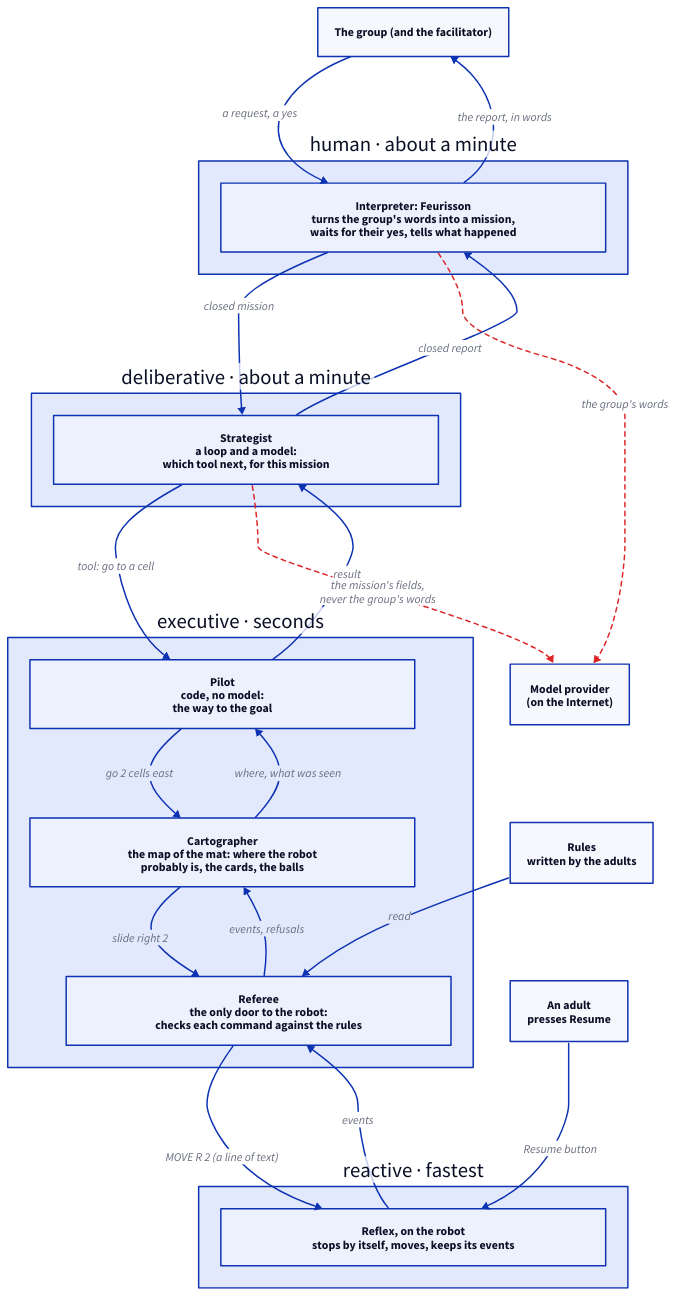
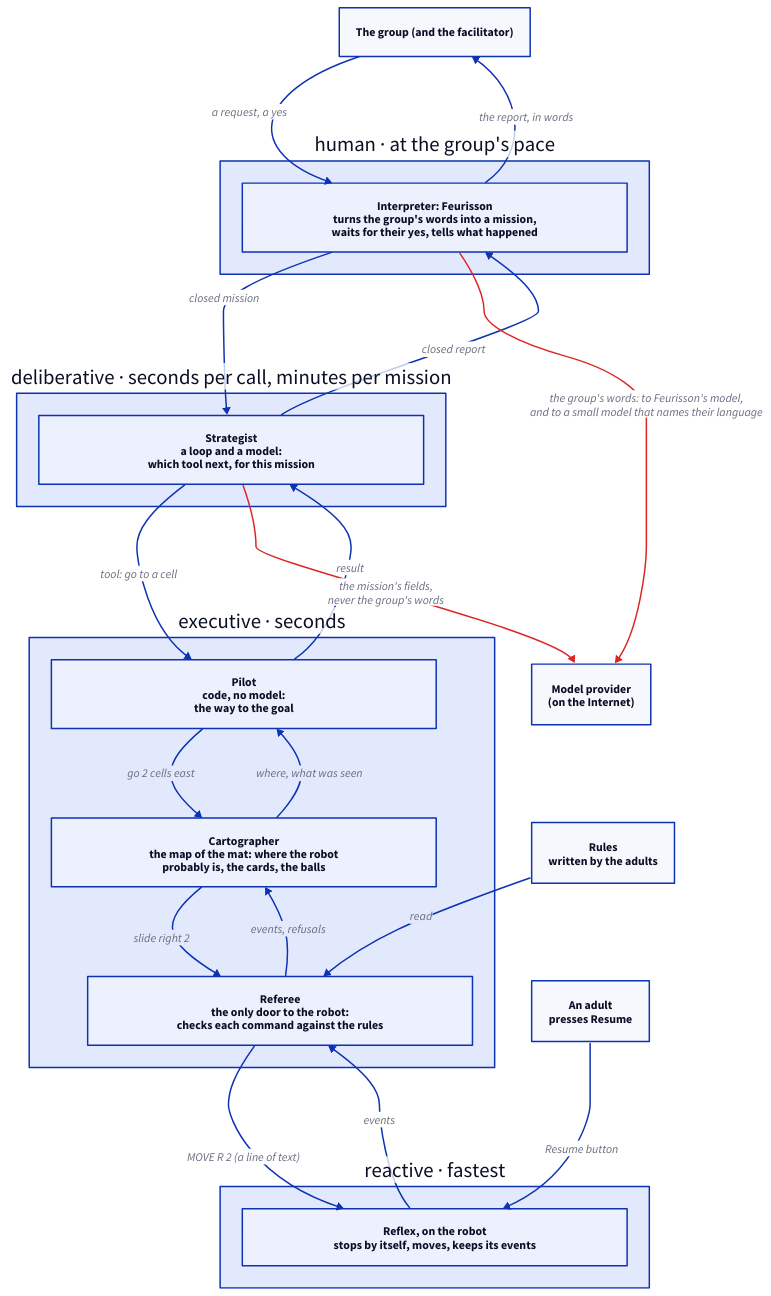
The diagram in images/01-overview.d2 (Youth-AI-Lab/yal-robot-guide), drawn with D2 before and after one commit. The commit also changed 21 other files, not shown here.

```diff
--- a/images/01-overview.d2
+++ b/images/01-overview.d2
@@ -1,50 +1,50 @@
 # 1. The whole stack: six tiers, from the group down to the robot.
 # Left arrows go down (commands), right arrows go up (information). Each tier talks only to its neighbours.
 
 direction: down
 
 group: "The group (and the facilitator)" {class: person}
 
-human: "human · about a minute" {
+human: "human · at the group's pace" {
   class: layer
   interpreter: "Interpreter: Feurisson\nturns the group's words into a mission,\nwaits for their yes, tells what happened" {class: tier; width: 520}
 }
 
-deliberative: "deliberative · about a minute" {
+deliberative: "deliberative · seconds per call, minutes per mission" {
   class: layer
   strategist: "Strategist\na loop and a model:\nwhich tool next, for this mission" {class: tier; width: 520}
 }
 
 executive: "executive · seconds" {
   class: layer
   pilot: "Pilot\ncode, no model:\nthe way to the goal" {class: tier; width: 520}
   cartographer: "Cartographer\nthe map of the mat: where the robot\nprobably is, the cards, the balls" {class: tier; width: 520}
   referee: "Referee\nthe only door to the robot:\nchecks each command against the rules" {class: tier; width: 520}
   pilot -> cartographer: "go 2 cells east"
   pilot <- cartographer: "where, what was seen"
   cartographer -> referee: "slide right 2"
   cartographer <- referee: "events, refusals"
 }
 
 reactive: "reactive · fastest" {
   class: layer
   reflex: "Reflex, on the robot\nstops by itself, moves, keeps its events" {class: tier; width: 520}
 }
 
 provider: "Model provider\n(on the Internet)" {class: never}
 rules: "Rules\nwritten by the adults" {class: part}
 adult: "An adult\npresses Resume" {class: person}
 
 group -> human.interpreter: "a request, a yes"
 group <- human.interpreter: "the report, in words"
 human.interpreter -> deliberative.strategist: "closed mission"
 human.interpreter <- deliberative.strategist: "closed report"
 deliberative.strategist -> executive.pilot: "tool: go to a cell"
 deliberative.strategist <- executive.pilot: "result"
 executive.referee -> reactive.reflex: "MOVE R 2 (a line of text)"
 executive.referee <- reactive.reflex: "events"
 
-human.interpreter -> provider: "the group's words" {style: {stroke: "#dc2626"; stroke-dash: 3}}
-deliberative.strategist -> provider: "the mission's fields,\nnever the group's words" {style: {stroke: "#dc2626"; stroke-dash: 3}}
+human.interpreter -> provider: "the group's words: to Feurisson's model,\nand to a small model that names their language" {style.stroke: "#dc2626"}
+deliberative.strategist -> provider: "the mission's fields,\nnever the group's words" {style.stroke: "#dc2626"}
 rules -> executive.referee: "read"
 adult -> reactive.reflex: "Resume button"
```
